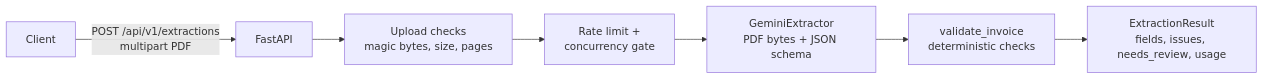
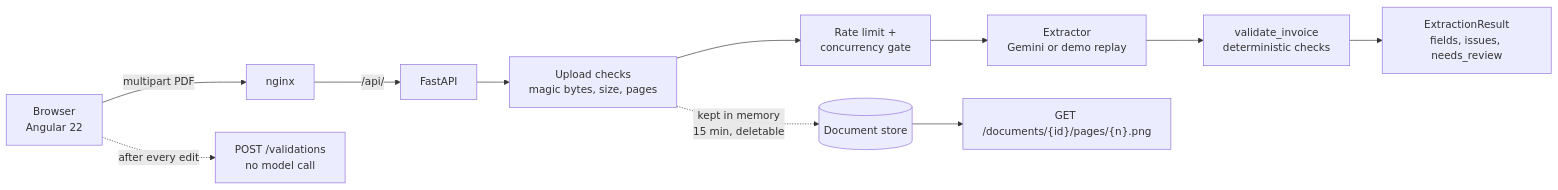
The diagram in README.md (Volodymyr-Palchynskyi/doc-extractor), drawn with Mermaid before and after one commit. The commit also changed other lines of this file, not shown here.

First line of the commit message:
docs: README for the review UI, demo mode and screenshots

````diff
--- a/README.md
+++ b/README.md
@@ -57,9 +87,13 @@
 ```mermaid
 flowchart LR
-    U[Client] -- "POST /api/v1/extractions<br/>multipart PDF" --> API[FastAPI]
+    B[Browser<br/>Angular 22] -- "multipart PDF" --> N[nginx]
+    N -- "/api/" --> API[FastAPI]
     API --> G1[Upload checks<br/>magic bytes, size, pages]
     G1 --> RL[Rate limit +<br/>concurrency gate]
-    RL --> EX[GeminiExtractor<br/>PDF bytes + JSON schema]
+    RL --> EX[Extractor<br/>Gemini or demo replay]
     EX --> V[validate_invoice<br/>deterministic checks]
-    V --> R[ExtractionResult<br/>fields, issues, needs_review, usage]
+    V --> R[ExtractionResult<br/>fields, issues, needs_review]
+    G1 -. "kept in memory<br/>15 min, deletable" .-> S[(Document store)]
+    S --> P["GET /documents/{id}/pages/{n}.png"]
+    B -. "after every edit" .-> RV["POST /validations<br/>no model call"]
 ```
````
